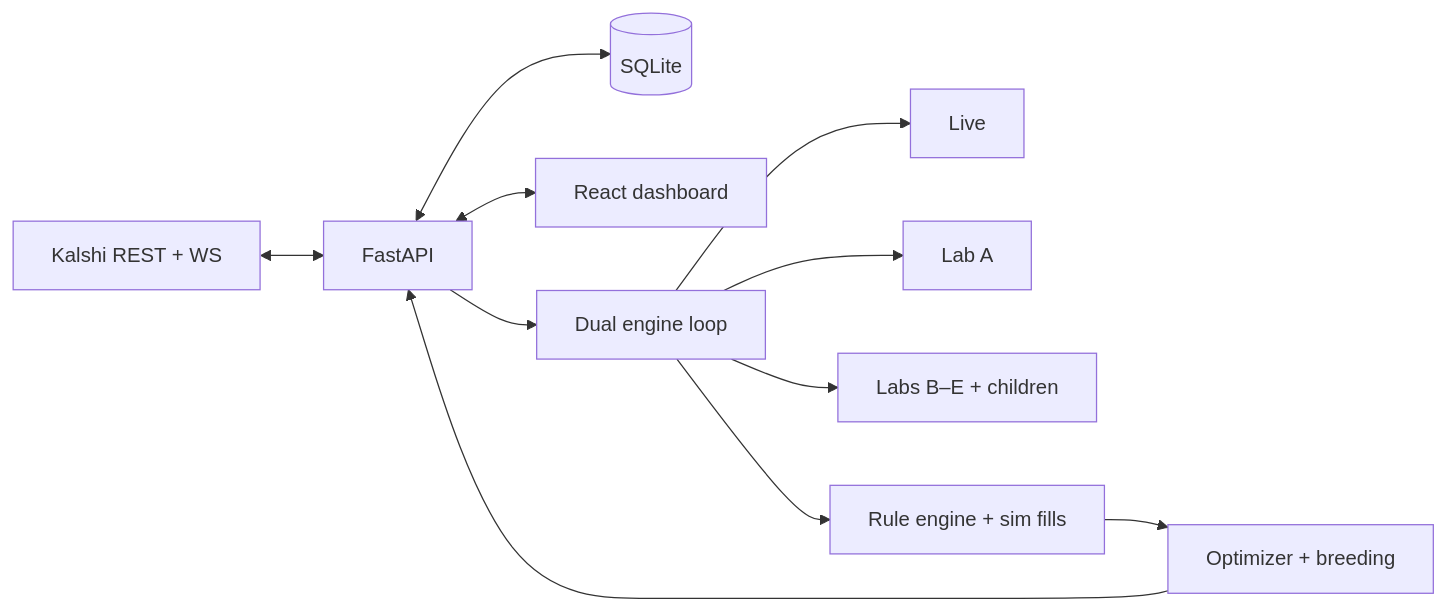
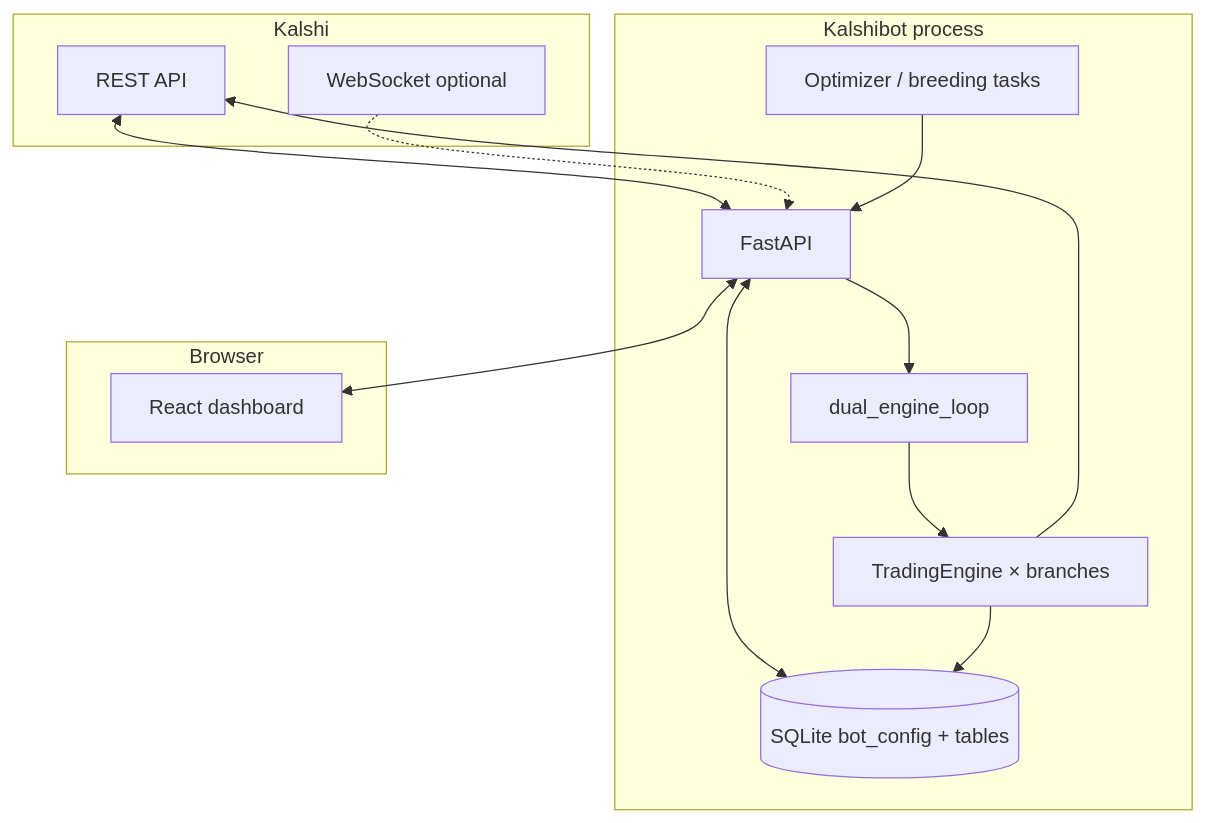
Before and after one commit to czyzem-stack/kalshibot: the diagram in README.md, drawn with Mermaid. The commit also changed other lines of this file and 1 other file, not shown here.

First line of the commit message:
Docs: expand README (TOC, architecture, troubleshooting); sync README-short

````diff
--- a/README.md
+++ b/README.md
@@ -24,13 +60,26 @@
 ```mermaid
-graph LR
-  K[Kalshi REST + WS] <--> API[FastAPI]
-  API <--> DB[(SQLite)]
-  API <--> UI[React dashboard]
-  API --> LOOP[Dual engine loop]
-  LOOP --> LIVE[Live]
-  LOOP --> A[Lab A]
-  LOOP --> BCDE[Labs B–E + children]
-  LOOP --> RULES[Rule engine + sim fills]
-  OPT[Optimizer + breeding] --> API
-  RULES --> OPT
+flowchart TB
+  subgraph kalshi [Kalshi]
+    REST[REST API]
+    WS[WebSocket optional]
+  end
+  subgraph runtime [Kalshibot process]
+    API[FastAPI]
+    LOOP[dual_engine_loop]
+    ENG[TradingEngine × branches]
+    STORE[(SQLite bot_config + tables)]
+    OPT[Optimizer / breeding tasks]
+  end
+  subgraph ui [Browser]
+    DASH[React dashboard]
+  end
+  REST <--> API
+  WS -.-> API
+  API <--> STORE
+  API <--> DASH
+  API --> LOOP
+  LOOP --> ENG
+  ENG --> REST
+  OPT --> API
+  ENG --> STORE
 ```
````
